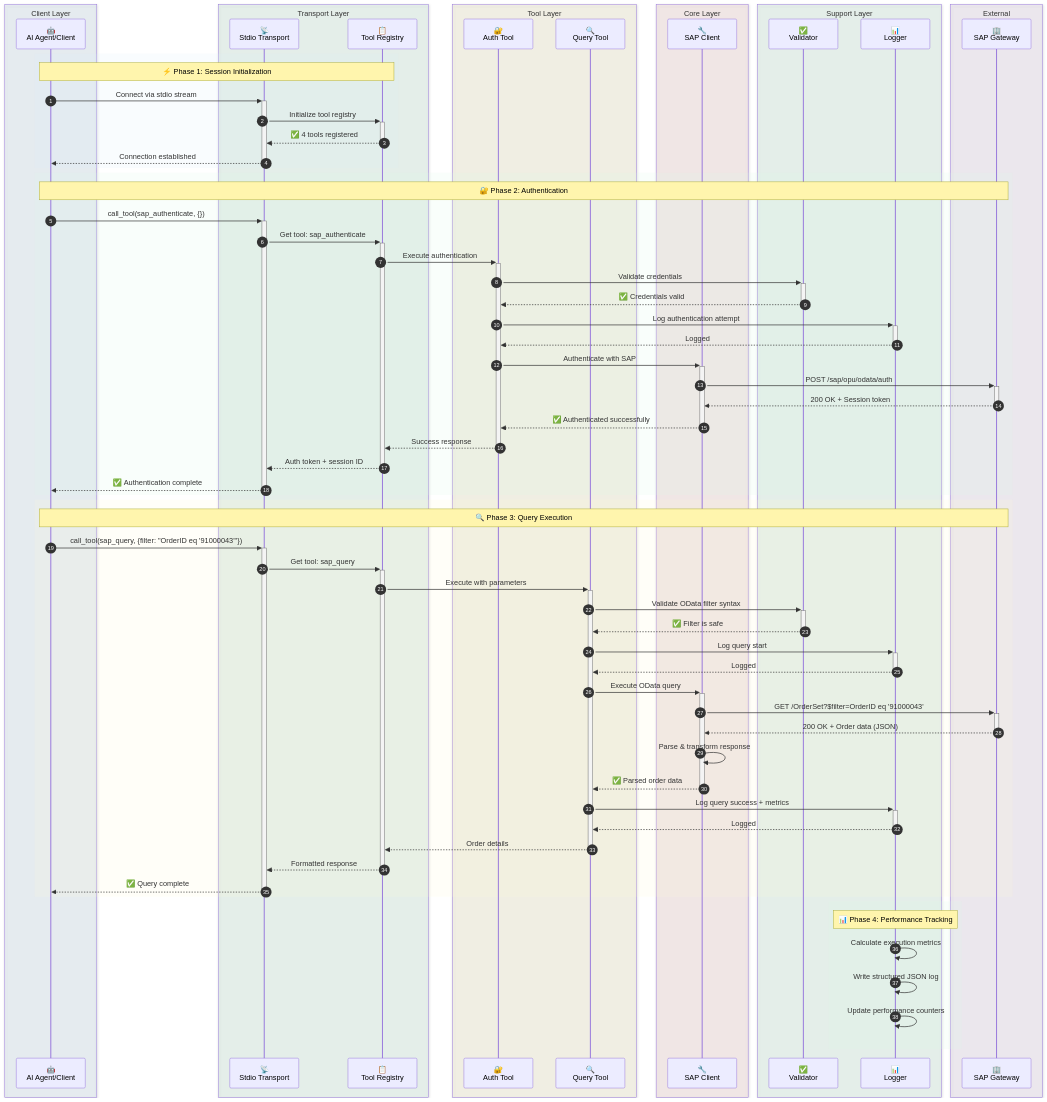
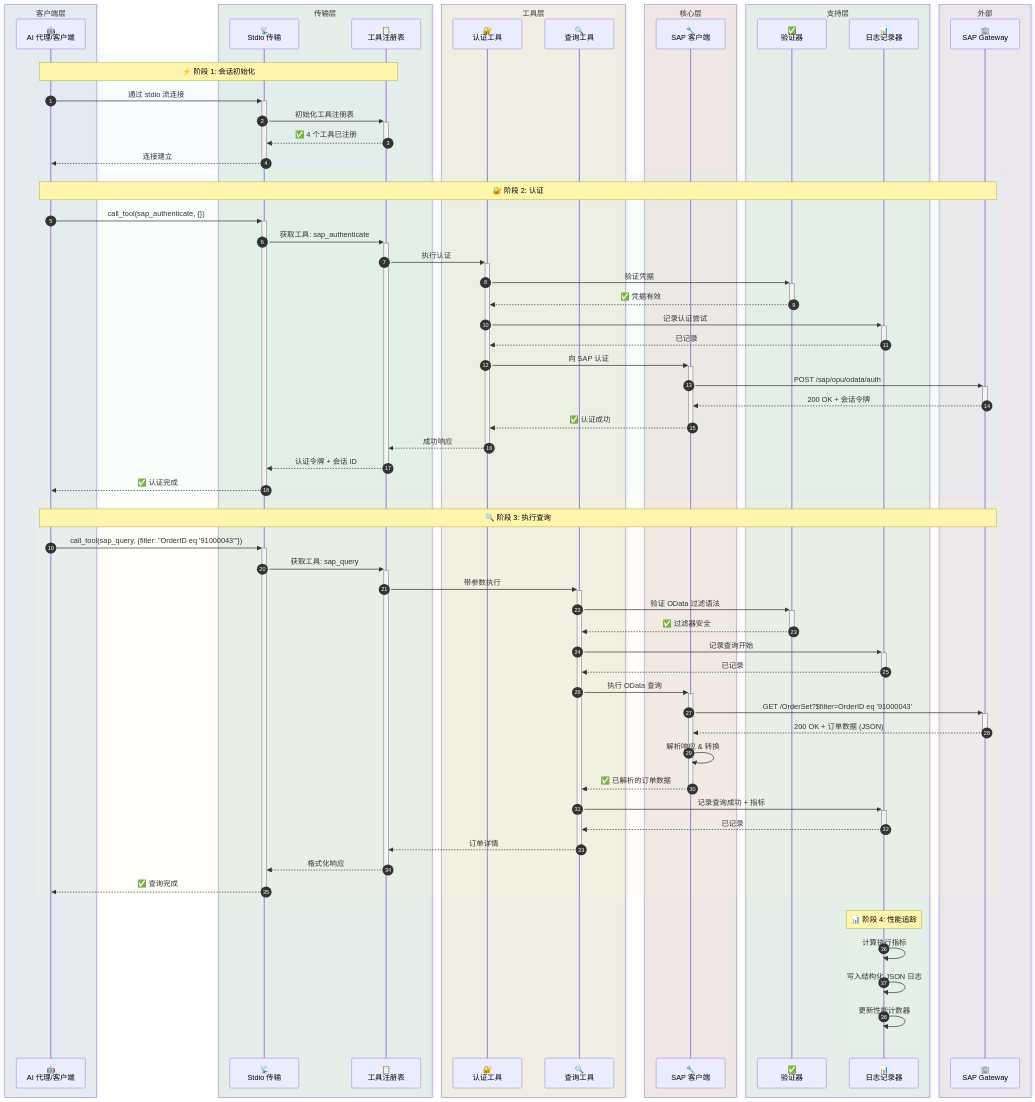
One commit to midasol/sap-mcp-server changed the third of 5 diagrams in README.zh-CN.md. Above: the diagram before and after it, drawn with Mermaid. The commit also changed other lines of this file and 7 other files, not shown here.

````diff
--- a/README.zh-CN.md
+++ b/README.zh-CN.md
@@ -197,79 +276,79 @@
 ```mermaid
 sequenceDiagram
     autonumber
-    box rgba(214, 234, 248, 0.3) Client Layer
-        participant Client as 🤖<br/>AI Agent/Client
+    box rgba(214, 234, 248, 0.3) 客户端层
+        participant Client as 🤖<br/>AI 代理/客户端
     end
-    box rgba(213, 245, 227, 0.3) Transport Layer
-        participant Transport as 📡<br/>Stdio Transport
-        participant Registry as 📋<br/>Tool Registry
+    box rgba(213, 245, 227, 0.3) 传输层
+        participant Transport as 📡<br/>Stdio 传输
+        participant Registry as 📋<br/>工具注册表
     end
-    box rgba(252, 243, 207, 0.3) Tool Layer
-        participant AuthTool as 🔐<br/>Auth Tool
-        participant QueryTool as 🔍<br/>Query Tool
+    box rgba(252, 243, 207, 0.3) 工具层
+        participant AuthTool as 🔐<br/>认证工具
+        participant QueryTool as 🔍<br/>查询工具
     end
-    box rgba(250, 219, 216, 0.3) Core Layer
-        participant SAPClient as 🔧<br/>SAP Client
+    box rgba(250, 219, 216, 0.3) 核心层
+        participant SAPClient as 🔧<br/>SAP 客户端
     end
-    box rgba(213, 245, 227, 0.3) Support Layer
-        participant Validator as ✅<br/>Validator
-        participant Logger as 📊<br/>Logger
+    box rgba(213, 245, 227, 0.3) 支持层
+        participant Validator as ✅<br/>验证器
+        participant Logger as 📊<br/>日志记录器
     end
-    box rgba(235, 222, 240, 0.3) External
+    box rgba(235, 222, 240, 0.3) 外部
         participant SAP as 🏢<br/>SAP Gateway
     end
 
     rect rgba(214, 234, 248, 0.15)
-        Note over Client,Registry: ⚡ Phase 1: Session Initialization
-        Client->>+Transport: Connect via stdio stream
-        Transport->>+Registry: Initialize tool registry
-        Registry-->>-Transport: ✅ 4 tools registered
-        Transport-->>-Client: Connection established
+        Note over Client,Registry: ⚡ 阶段 1: 会话初始化
+        Client->>+Transport: 通过 stdio 流连接
+        Transport->>+Registry: 初始化工具注册表
+        Registry-->>-Transport: ✅ 4 个工具已注册
+        Transport-->>-Client: 连接建立
     end
 
     rect rgba(213, 245, 227, 0.15)
-        Note over Client,SAP: 🔐 Phase 2: Authentication
+        Note over Client,SAP: 🔐 阶段 2: 认证
         Client->>+Transport: call_tool(sap_authenticate, {})
-        Transport->>+Registry: Get tool: sap_authenticate
-        Registry->>+AuthTool: Execute authentication
-        AuthTool->>+Validator: Validate credentials
-        Validator-->>-AuthTool: ✅ Credentials valid
-        AuthTool->>+Logger: Log authentication attempt
-        Logger-->>-AuthTool: Logged
-        AuthTool->>+SAPClient: Authenticate with SAP
+        Transport->>+Registry: 获取工具: sap_authenticate
+        Registry->>+AuthTool: 执行认证
+        AuthTool->>+Validator: 验证凭据
+        Validator-->>-AuthTool: ✅ 凭据有效
+        AuthTool->>+Logger: 记录认证尝试
+        Logger-->>-AuthTool: 已记录
+        AuthTool->>+SAPClient: 向 SAP 认证
         SAPClient->>+SAP: POST /sap/opu/odata/auth
-        SAP-->>-SAPClient: 200 OK + Session token
-        SAPClient-->>-AuthTool: ✅ Authenticated successfully
-        AuthTool-->>-Registry: Success response
-        Registry-->>-Transport: Auth token + session ID
-        Transport-->>-Client: ✅ Authentication complete
+        SAP-->>-SAPClient: 200 OK + 会话令牌
+        SAPClient-->>-AuthTool: ✅ 认证成功
+        AuthTool-->>-Registry: 成功响应
+        Registry-->>-Transport: 认证令牌 + 会话 ID
+        Transport-->>-Client: ✅ 认证完成
     end
 
     rect rgba(252, 243, 207, 0.15)
-        Note over Client,SAP: 🔍 Phase 3: Query Execution
+        Note over Client,SAP: 🔍 阶段 3: 执行查询
         Client->>+Transport: call_tool(sap_query, {filter: "OrderID eq '91000043'"})
-        Transport->>+Registry: Get tool: sap_query
-        Registry->>+QueryTool: Execute with parameters
-        QueryTool->>+Validator: Validate OData filter syntax
-        Validator-->>-QueryTool: ✅ Filter is safe
-        QueryTool->>+Logger: Log query start
-        Logger-->>-QueryTool: Logged
-        QueryTool->>+SAPClient: Execute OData query
+        Transport->>+Registry: 获取工具: sap_query
+        Registry->>+QueryTool: 带参数执行
+        QueryTool->>+Validator: 验证 OData 过滤语法
+        Validator-->>-QueryTool: ✅ 过滤器安全
+        QueryTool->>+Logger: 记录查询开始
+        Logger-->>-QueryTool: 已记录
+        QueryTool->>+SAPClient: 执行 OData 查询
         SAPClient->>+SAP: GET /OrderSet?$filter=OrderID eq '91000043'
-        SAP-->>-SAPClient: 200 OK + Order data (JSON)
-        SAPClient->>SAPClient: Parse & transform response
-        SAPClient-->>-QueryTool: ✅ Parsed order data
-        QueryTool->>+Logger: Log query success + metrics
-        Logger-->>-QueryTool: Logged
-        QueryTool-->>-Registry: Order details
-        Registry-->>-Transport: Formatted response
-        Transport-->>-Client: ✅ Query complete
+        SAP-->>-SAPClient: 200 OK + 订单数据 (JSON)
+        SAPClient->>SAPClient: 解析响应 & 转换
+        SAPClient-->>-QueryTool: ✅ 已解析的订单数据
+        QueryTool->>+Logger: 记录查询成功 + 指标
+        Logger-->>-QueryTool: 已记录
+        QueryTool-->>-Registry: 订单详情
+        Registry-->>-Transport: 格式化响应
+        Transport-->>-Client: ✅ 查询完成
     end
 
     rect rgba(213, 245, 227, 0.15)
-        Note over Logger: 📊 Phase 4: Performance Tracking
-        Logger->>Logger: Calculate execution metrics
-        Logger->>Logger: Write structured JSON log
-        Logger->>Logger: Update performance counters
+        Note over Logger: 📊 阶段 4: 性能追踪
+        Logger->>Logger: 计算执行指标
+        Logger->>Logger: 写入结构化 JSON 日志
+        Logger->>Logger: 更新性能计数器
     end
 ```
````
